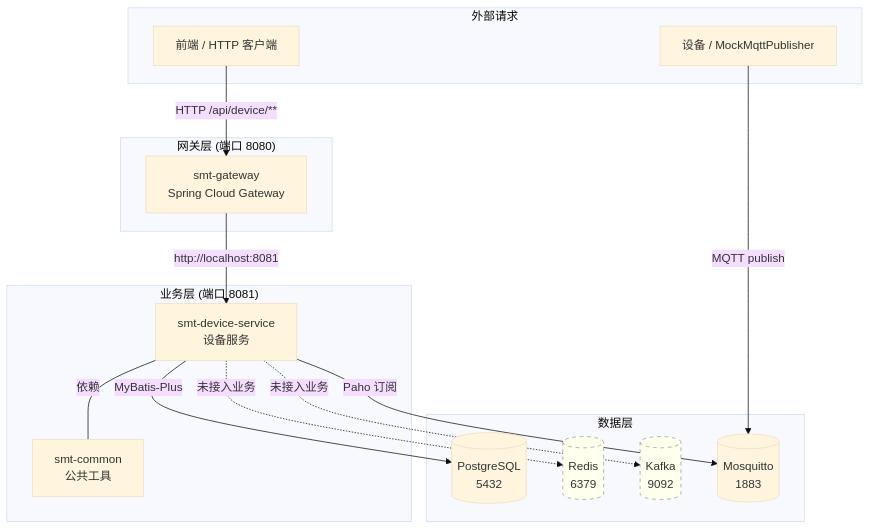
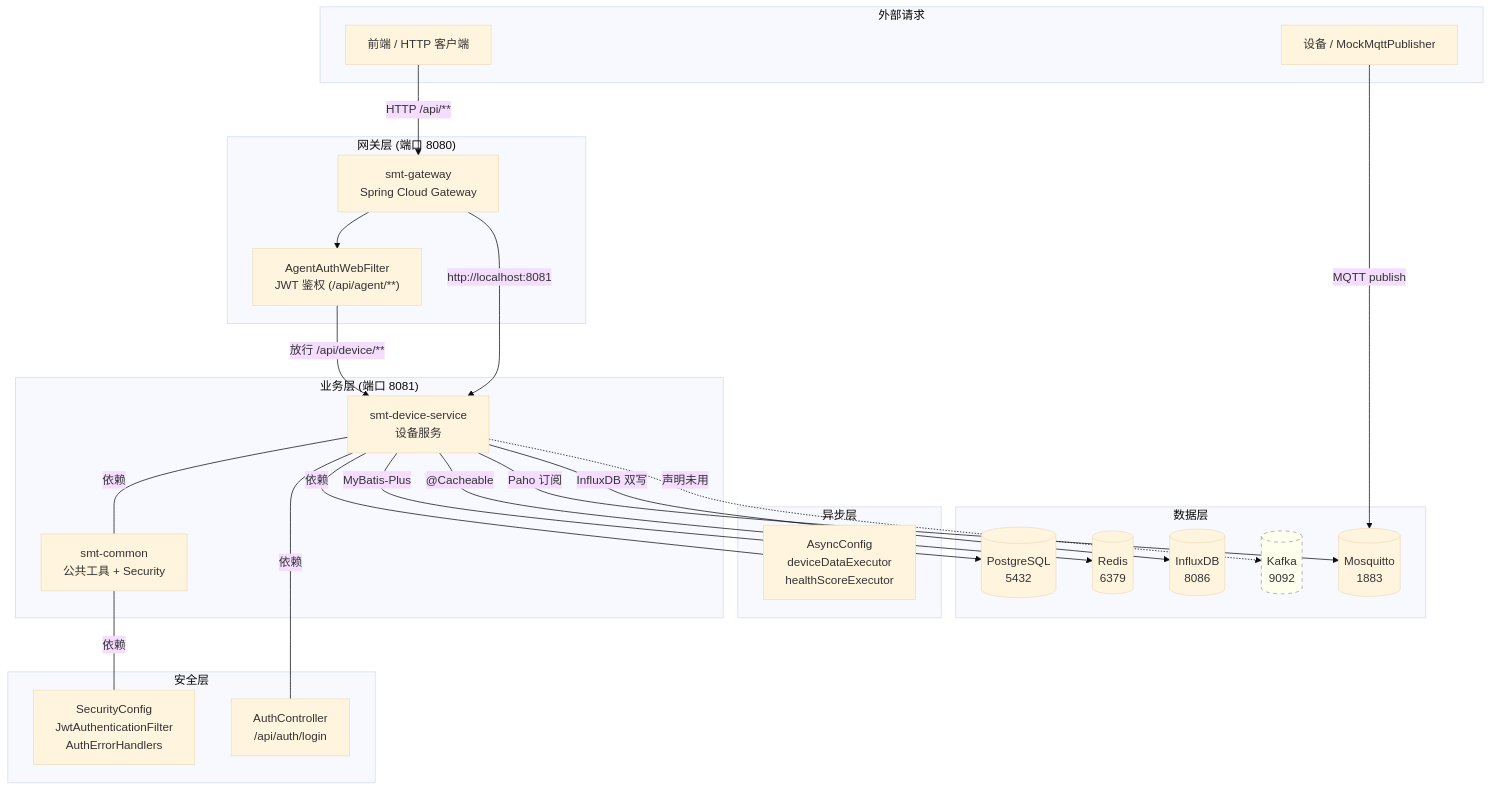
One commit to north30-dev/smt-agent-platform changed the first of 8 diagrams in docs/explaination/project-explanation-phase1.md. Above: the diagram before and after it, drawn with Mermaid (base theme). The commit also changed other lines of this file and 2 other files, not shown here.

````diff
--- a/docs/explaination/project-explanation-phase1.md
+++ b/docs/explaination/project-explanation-phase1.md
@@ -99,35 +116,51 @@
 ```mermaid
 graph TB
-    subgraph 外部["外部请求"]
-        Client[前端 / HTTP 客户端]
-        Device[设备 / MockMqttPublisher]
+    subgraph ExtReq["外部请求"]
+        Client["前端 / HTTP 客户端"]
+        Device["设备 / MockMqttPublisher"]
     end
 
-    subgraph 网关层["网关层 (端口 8080)"]
-        GW[smt-gateway<br/>Spring Cloud Gateway]
+    subgraph GatewayLayer["网关层 (端口 8080)"]
+        GW["smt-gateway<br/>Spring Cloud Gateway"]
+        AuthFilter["AgentAuthWebFilter<br/>JWT 鉴权 (/api/agent/**)"]
     end
 
-    subgraph 业务层["业务层 (端口 8081)"]
-        DS[smt-device-service<br/>设备服务]
-        Common[smt-common<br/>公共工具]
+    subgraph ServiceLayer["业务层 (端口 8081)"]
+        DS["smt-device-service<br/>设备服务"]
+        Common["smt-common<br/>公共工具 + Security"]
     end
 
-    subgraph 数据层["数据层"]
-        PG[(PostgreSQL<br/>5432)]
-        Redis[(Redis<br/>6379)]
-        Kafka[(Kafka<br/>9092)]
-        MQTT[(Mosquitto<br/>1883)]
+    subgraph SecurityLayer["安全层"]
+        SecConfig["SecurityConfig<br/>JwtAuthenticationFilter<br/>AuthErrorHandlers"]
+        AuthCtrl["AuthController<br/>/api/auth/login"]
     end
 
-    Client -->|HTTP /api/device/**| GW
-    GW -->|http://localhost:8081| DS
+    subgraph AsyncLayer["异步层"]
+        AsyncCfg["AsyncConfig<br/>deviceDataExecutor<br/>healthScoreExecutor"]
+    end
+
+    subgraph DataLayer["数据层"]
+        PG[("PostgreSQL<br/>5432")]
+        Redis[("Redis<br/>6379")]
+        Kafka[("Kafka<br/>9092")]
+        MQTT[("Mosquitto<br/>1883")]
+        InfluxDB[("InfluxDB<br/>8086")]
+    end
+
+    Client -->|"HTTP /api/**"| GW
+    GW --> AuthFilter
+    AuthFilter -->|"放行 /api/device/**"| DS
+    GW -->|"http://localhost:8081"| DS
     DS ---|依赖| Common
-    DS -->|MyBatis-Plus| PG
-    DS -.->|未接入业务| Redis
-    DS -.->|未接入业务| Kafka
-    DS -->|Paho 订阅| MQTT
-    Device -->|MQTT publish| MQTT
+    Common ---|依赖| SecConfig
+    DS ---|依赖| AuthCtrl
+    DS ---|依赖| AsyncCfg
+    DS -->|"MyBatis-Plus"| PG
+    DS -->|"@Cacheable"| Redis
+    DS -->|"Paho 订阅"| MQTT
+    DS -->|"InfluxDB 双写"| InfluxDB
+    DS -.->|"声明未用"| Kafka
+    Device -->|"MQTT publish"| MQTT
 
-    style Redis fill:#ffe,stroke:#999,stroke-dasharray: 5 5
     style Kafka fill:#ffe,stroke:#999,stroke-dasharray: 5 5
 ```
````
